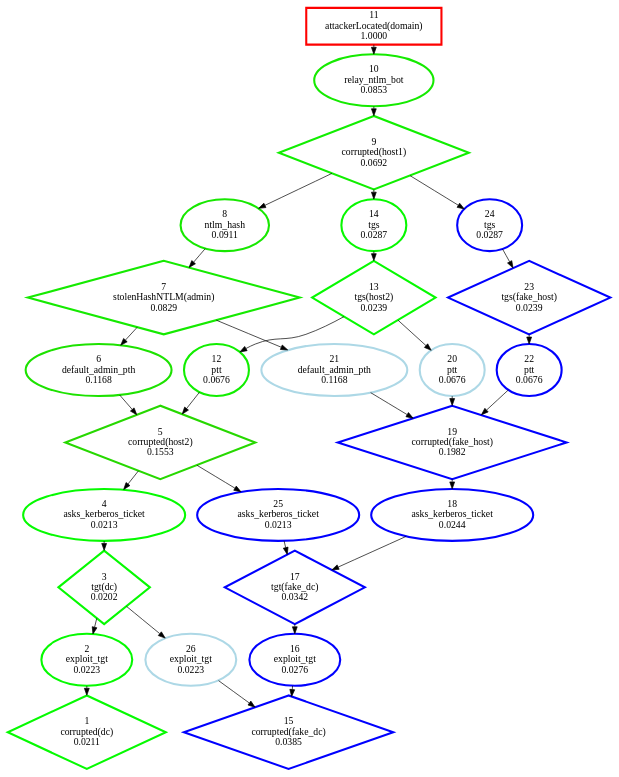
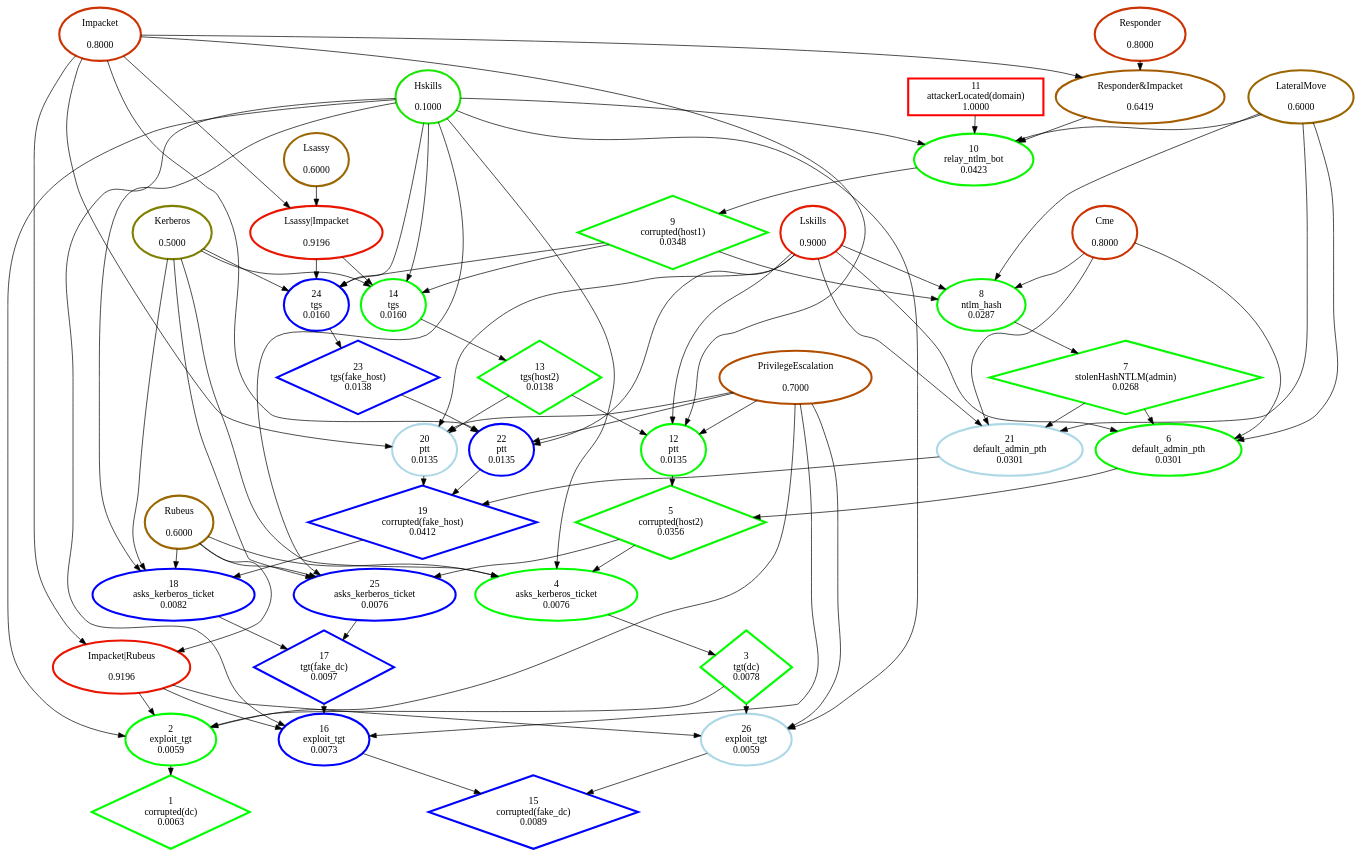
The diagram in Personnal_simulations/output_HighLevel/strongly_connected_components/classic.dot (NathanaeldeLaChesnais/attacker_profiling_for_BAG_with_honeypots), drawn with Graphviz before and after one commit. The commit also changed 17 other files, not shown here.

Commit message:
tracé d'un certain nombre de chose dont le graph avec kts complet à la main. Aussi la comparaison en tableau entre ma methode et baseline

```diff
--- a/Personnal_simulations/output_HighLevel/strongly_connected_components/classic.dot
+++ b/Personnal_simulations/output_HighLevel/strongly_connected_components/classic.dot
@@ -1,59 +1,123 @@
 digraph G {
 ranksep=0.2;
-  "1" [label="1\ncorrupted(dc)\n0.0211", color="#05FA00", penwidth=3, shape="diamond"];
-  "2" [label="2\nexploit_tgt\n0.0223", color="#05FA00", penwidth=3, shape="ellipse"];
-  "3" [label="3\ntgt(dc)\n0.0202", color="#05FA00", penwidth=3, shape="diamond"];
-  "4" [label="4\nasks_kerberos_ticket\n0.0213", color="#05FA00", penwidth=3, shape="ellipse"];
-  "5" [label="5\ncorrupted(host2)\n0.1553", color="#27D800", penwidth=3, shape="diamond"];
-  "6" [label="6\ndefault_admin_pth\n0.1168", color="#1DE200", penwidth=3, shape="ellipse"];
-  "7" [label="7\nstolenHashNTLM(admin)\n0.0829", color="#15EA00", penwidth=3, shape="diamond"];
-  "8" [label="8\nntlm_hash\n0.0911", color="#17E800", penwidth=3, shape="ellipse"];
-  "9" [label="9\ncorrupted(host1)\n0.0692", color="#11EE00", penwidth=3, shape="diamond"];
-  "10" [label="10\nrelay_ntlm_bot\n0.0853", color="#15EA00", penwidth=3, shape="ellipse"];
-  "11" [label="11\nattackerLocated(domain)\n1.0000", color="#FE0100", penwidth=3, shape="box"];
-  "12" [label="12\nptt\n0.0676", color="#11EE00", penwidth=3, shape="ellipse"];
-  "13" [label="13\ntgs(host2)\n0.0239", color="#06F900", penwidth=3, shape="diamond"];
-  "14" [label="14\ntgs\n0.0287", color="#07F800", penwidth=3, shape="ellipse"];
-  "15" [label="15\ncorrupted(fake_dc)\n0.0385", color="blue", penwidth=3, shape="diamond"];
-  "16" [label="16\nexploit_tgt\n0.0276", color="blue", penwidth=3, shape="ellipse"];
-  "17" [label="17\ntgt(fake_dc)\n0.0342", color="blue", penwidth=3, shape="diamond"];
-  "18" [label="18\nasks_kerberos_ticket\n0.0244", color="blue", penwidth=3, shape="ellipse"];
-  "19" [label="19\ncorrupted(fake_host)\n0.1982", color="blue", penwidth=3, shape="diamond"];
-  "20" [label="20\nptt\n0.0676", color="lightblue", penwidth=3, shape="ellipse"];
-  "21" [label="21\ndefault_admin_pth\n0.1168", color="lightblue", penwidth=3, shape="ellipse"];
-  "22" [label="22\nptt\n0.0676", color="blue", penwidth=3, shape="ellipse"];
-  "23" [label="23\ntgs(fake_host)\n0.0239", color="blue", penwidth=3, shape="diamond"];
-  "24" [label="24\ntgs\n0.0287", color="blue", penwidth=3, shape="ellipse"];
-  "25" [label="25\nasks_kerberos_ticket\n0.0213", color="blue", penwidth=3, shape="ellipse"];
-  "26" [label="26\nexploit_tgt\n0.0223", color="lightblue", penwidth=3, shape="ellipse"];
+  "11" [label="11\nattackerLocated(domain)\n1.0000", color="#FE0100", penwidth=3, shape="box", pos="0,10!"];
+  "10" [label="10\nrelay_ntlm_bot\n0.0423", color="#0AF500", penwidth=3, shape="ellipse", pos="0,8.8!"];
+  "9" [label="9\ncorrupted(host1)\n0.0348", color="#08F700", penwidth=3, shape="diamond", pos="0,7.2!"];
+  "8" [label="8\nntlm_hash\n0.0287", color="#07F800", penwidth=3, shape="ellipse", pos="-3,6!"];
+  "7" [label="7\nstolenHashNTLM(admin)\n0.0268", color="#06F900", penwidth=3, shape="diamond", pos="-3,4.4!"];
+  "6" [label="6\ndefault_admin_pth\n0.0301", color="#07F800", penwidth=3, shape="ellipse", pos="-4,2.8!"];
+  "5" [label="5\ncorrupted(host2)\n0.0356", color="#09F600", penwidth=3, shape="diamond", pos="-2,1.4!"];
+  "14" [label="14\ntgs\n0.0160", color="#04FB00", penwidth=3, shape="ellipse", pos="0,6!"];
+  "13" [label="13\ntgs(host2)\n0.0138", color="#03FC00", penwidth=3, shape="diamond", pos="0,4.4!"];
+  "12" [label="12\nptt\n0.0135", color="#03FC00", penwidth=3, shape="ellipse", pos="-2,2.8!"];
+  "4" [label="4\nasks_kerberos_ticket\n0.0076", color="#01FE00", penwidth=3, shape="ellipse", pos="-3,0!"];
+  "3" [label="3\ntgt(dc)\n0.0078", color="#01FE00", penwidth=3, shape="diamond", pos="-3,-1.6!"];
+  "2" [label="2\nexploit_tgt\n0.0059", color="#01FE00", penwidth=3, shape="ellipse", pos="-3,-3.2!"];
+  "1" [label="1\ncorrupted(dc)\n0.0063", color="#01FE00", penwidth=3, shape="diamond", height=0.3, pos="-3,-4.8!"];
+  "20" [label="20\nptt\n0.0135", color="lightblue", penwidth=3, shape="ellipse", pos="2,2.8!"];
+  "19" [label="19\ncorrupted(fake_host)\n0.0412", color="blue", penwidth=3, shape="diamond", pos="2,1.4!"];
+  "21" [label="21\ndefault_admin_pth\n0.0301", color="lightblue", penwidth=3, shape="ellipse", pos="0,2.8!"];
+  "24" [label="24\ntgs\n0.0160", color="blue", penwidth=3, shape="ellipse", pos="3,6!"];
+  "23" [label="23\ntgs(fake_host)\n0.0138", color="blue", penwidth=3, shape="diamond", pos="3,4.4!"];
+  "22" [label="22\nptt\n0.0135", color="blue", penwidth=3, shape="ellipse", pos="3.4,2.8!"];
+  "18" [label="18\nasks_kerberos_ticket\n0.0082", color="blue", penwidth=3, shape="ellipse"];
+  "17" [label="17\ntgt(fake_dc)\n0.0097", color="blue", penwidth=3, shape="diamond"];
+  "25" [label="25\nasks_kerberos_ticket\n0.0076", color="blue", penwidth=3, shape="ellipse"];
+  "16" [label="16\nexploit_tgt\n0.0073", color="blue", penwidth=3, shape="ellipse"];
+  "15" [label="15\ncorrupted(fake_dc)\n0.0089", color="blue", penwidth=3, shape="diamond"];
+  "26" [label="26\nexploit_tgt\n0.0059", color="lightblue", penwidth=3, shape="ellipse"];
+  "Impacket|Rubeus" [label="Impacket|Rubeus\n\n0.9196", color="#EA1500", penwidth=3, shape=""];
+  "Impacket" [label="Impacket\n\n0.8000", color="#CC3300", penwidth=3, shape=""];
+  "Rubeus" [label="Rubeus\n\n0.6000", color="#996600", penwidth=3, shape=""];
+  "Hskills" [label="Hskills\n\n0.1000", color="#19E600", penwidth=3, shape=""];
+  "PrivilegeEscalation" [label="PrivilegeEscalation\n\n0.7000", color="#B24D00", penwidth=3, shape=""];
+  "Kerberos" [label="Kerberos\n\n0.5000", color="#7F8000", penwidth=3, shape=""];
+  "Cme" [label="Cme\n\n0.8000", color="#CC3300", penwidth=3, shape=""];
+  "Lskills" [label="Lskills\n\n0.9000", color="#E51A00", penwidth=3, shape=""];
+  "LateralMove" [label="LateralMove\n\n0.6000", color="#996600", penwidth=3, shape=""];
+  "Responder&Impacket" [label="Responder&Impacket\n\n0.6419", color="#A35C00", penwidth=3, shape=""];
+  "Responder" [label="Responder\n\n0.8000", color="#CC3300", penwidth=3, shape=""];
+  "Lsassy|Impacket" [label="Lsassy|Impacket\n\n0.9196", color="#EA1500", penwidth=3, shape=""];
+  "Lsassy" [label="Lsassy\n\n0.6000", color="#996600", penwidth=3, shape=""];
   "11" -> "10";
   "10" -> "9";
   "9" -> "8";
   "9" -> "14";
   "9" -> "24";
   "8" -> "7";
   "7" -> "6";
   "7" -> "21";
   "6" -> "5";
   "5" -> "4";
   "5" -> "25";
   "14" -> "13";
   "13" -> "12";
   "13" -> "20";
   "12" -> "5";
   "4" -> "3";
   "3" -> "2";
   "3" -> "26";
   "2" -> "1";
   "20" -> "19";
   "19" -> "18";
   "21" -> "19";
   "24" -> "23";
   "23" -> "22";
   "22" -> "19";
   "18" -> "17";
   "17" -> "16";
   "25" -> "17";
   "16" -> "15";
   "26" -> "15";
+  "Impacket|Rubeus" -> "2";
+  "Impacket|Rubeus" -> "16";
+  "Impacket|Rubeus" -> "26";
+  "Impacket" -> "Impacket|Rubeus";
+  "Impacket" -> "Responder&Impacket";
+  "Impacket" -> "12";
+  "Impacket" -> "Lsassy|Impacket";
+  "Impacket" -> "20";
+  "Impacket" -> "22";
+  "Rubeus" -> "Impacket|Rubeus";
+  "Rubeus" -> "4";
+  "Rubeus" -> "18";
+  "Rubeus" -> "25";
+  "Hskills" -> "2";
+  "Hskills" -> "4";
+  "Hskills" -> "10";
+  "Hskills" -> "14";
+  "Hskills" -> "16";
+  "Hskills" -> "18";
+  "Hskills" -> "24";
+  "Hskills" -> "25";
+  "Hskills" -> "26";
+  "PrivilegeEscalation" -> "2";
+  "PrivilegeEscalation" -> "12";
+  "PrivilegeEscalation" -> "16";
+  "PrivilegeEscalation" -> "20";
+  "PrivilegeEscalation" -> "22";
+  "PrivilegeEscalation" -> "26";
+  "Kerberos" -> "4";
+  "Kerberos" -> "14";
+  "Kerberos" -> "18";
+  "Kerberos" -> "24";
+  "Kerberos" -> "25";
+  "Cme" -> "6";
+  "Cme" -> "8";
+  "Cme" -> "21";
+  "Lskills" -> "6";
+  "Lskills" -> "8";
+  "Lskills" -> "12";
+  "Lskills" -> "20";
+  "Lskills" -> "21";
+  "Lskills" -> "22";
+  "LateralMove" -> "6";
+  "LateralMove" -> "8";
+  "LateralMove" -> "10";
+  "LateralMove" -> "21";
+  "Responder&Impacket" -> "10";
+  "Responder" -> "Responder&Impacket";
+  "Lsassy|Impacket" -> "14";
+  "Lsassy|Impacket" -> "24";
+  "Lsassy" -> "Lsassy|Impacket";
 }
```
